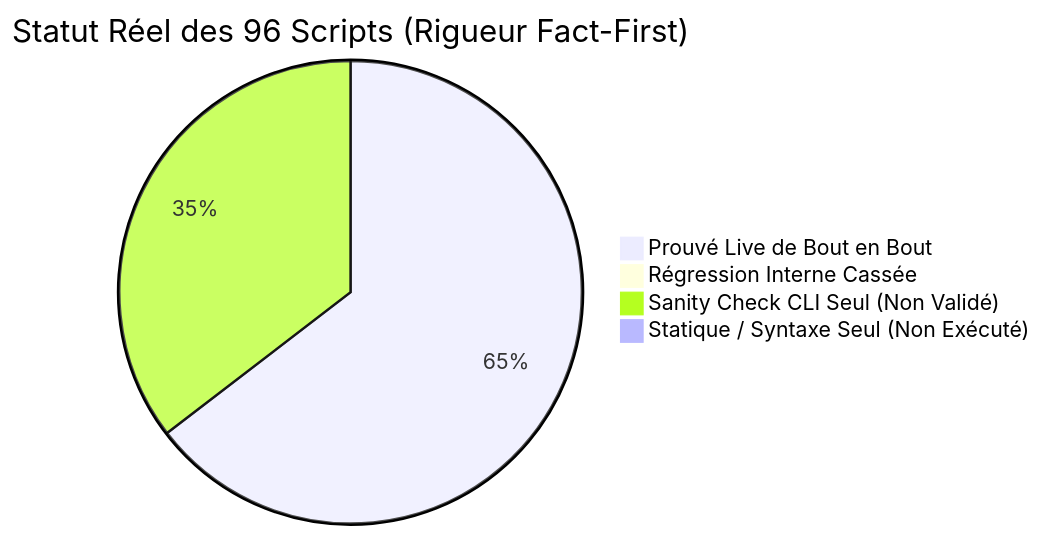
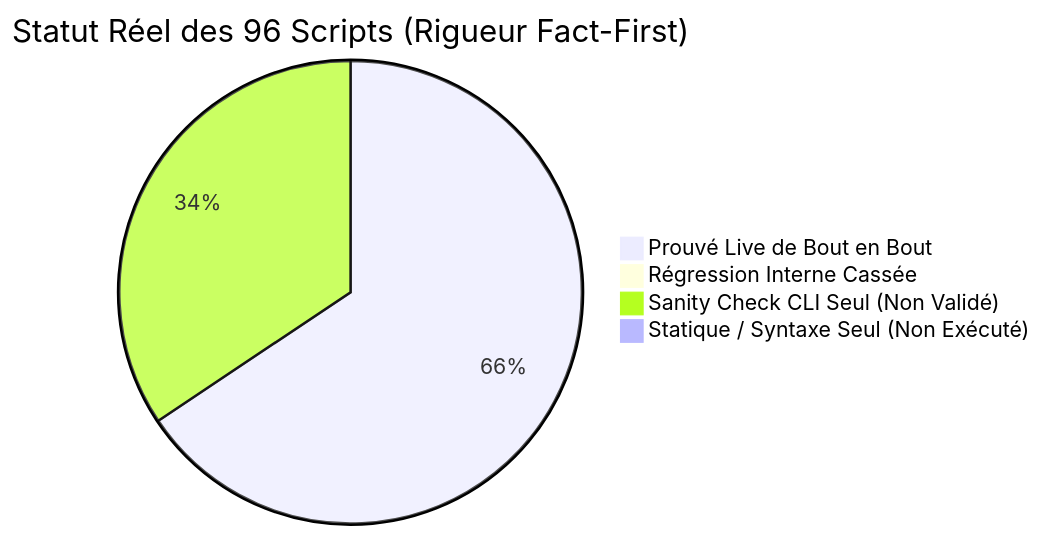
Before and after one commit to yoyonel/pydbsrt: the diagram in docs/reference/2026-11-10-audit-exhaustif-scripts-regressions.md, drawn with Mermaid. The commit also changed other lines of this file and 2 other files, not shown here.

First line of the commit message:
fix(tooling): dynamic root, named constants and cli check option in serve docs (#69)

````diff
--- a/docs/reference/2026-11-10-audit-exhaustif-scripts-regressions.md
+++ b/docs/reference/2026-11-10-audit-exhaustif-scripts-regressions.md
@@ -16,7 +16,7 @@
 ```mermaid
 pie title Statut Réel des 96 Scripts (Rigueur Fact-First)
-    "Prouvé Live de Bout en Bout" : 62
+    "Prouvé Live de Bout en Bout" : 63
     "Régression Interne Cassée" : 0
-    "Sanity Check CLI Seul (Non Validé)" : 34
+    "Sanity Check CLI Seul (Non Validé)" : 33
     "Statique / Syntaxe Seul (Non Exécuté)" : 0
 ```
````
